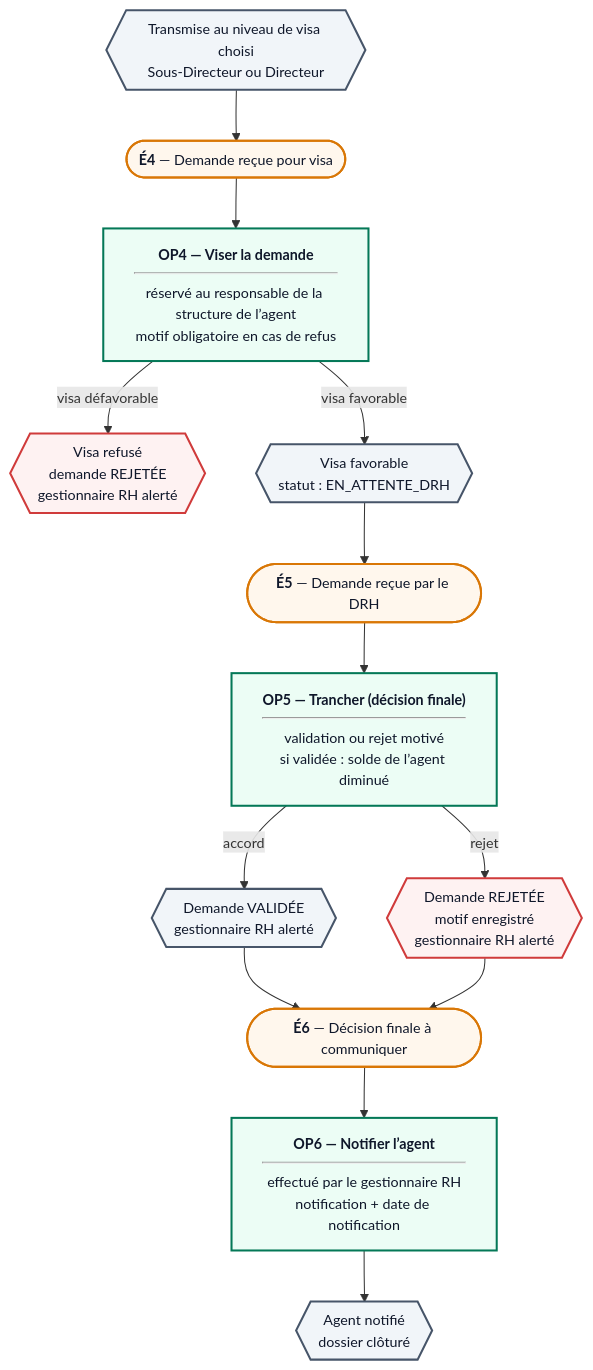
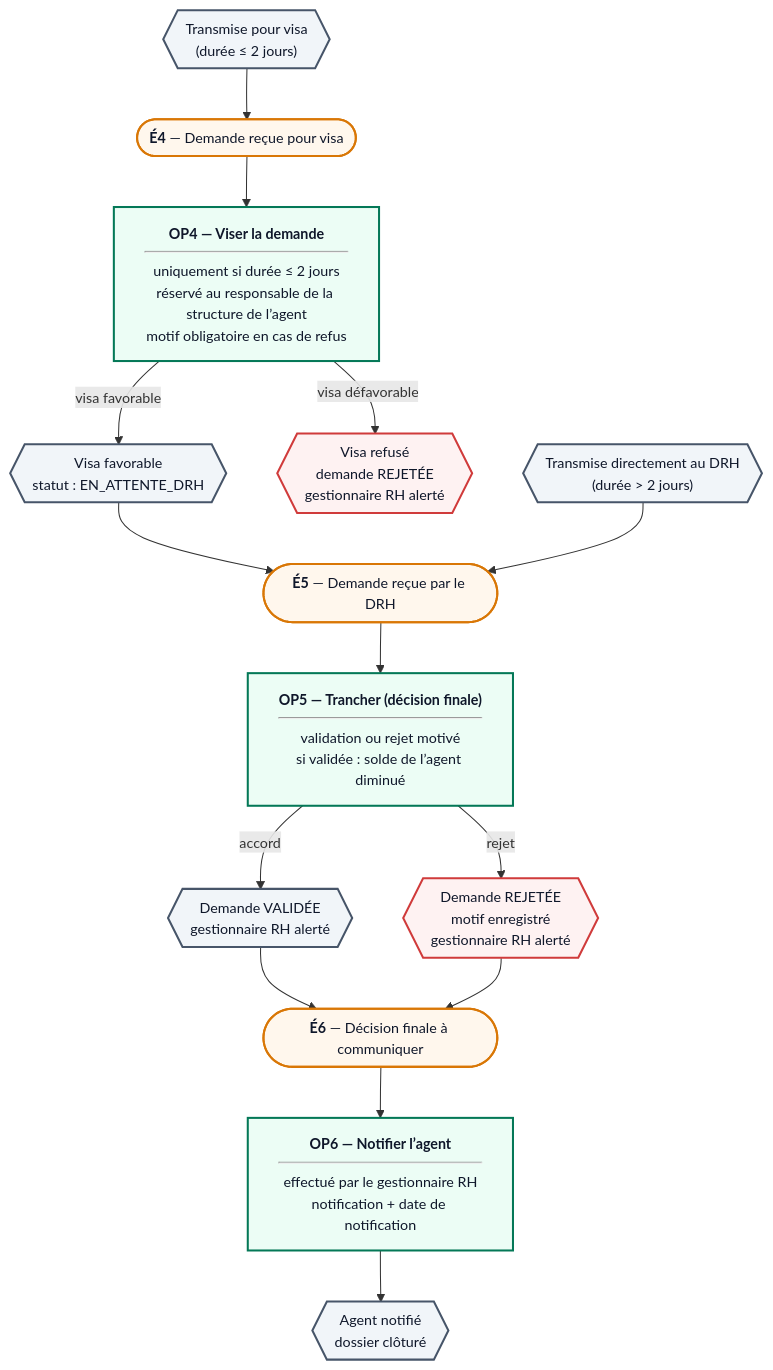
The sixth of 13 diagrams in docs/MERISE.md (MOMOBHY/APPLARAVEL), drawn with Mermaid before and after one commit. The commit also changed other lines of this file and 2 other files, not shown here.

Commit message:
Merise : trois cas (permission fusionnée, déclarations, notes de service)

````diff
--- a/docs/MERISE.md
+++ b/docs/MERISE.md
@@ -244,32 +218,34 @@
 ```mermaid
 %%{init: {'flowchart': {'htmlLabels': true, 'curve': 'basis'}, 'themeVariables': {'fontSize': '14px'}}}%%
 flowchart TB
   classDef ev fill:#fff7ed,stroke:#d97706,stroke-width:2px,color:#0f172a
   classDef op fill:#ecfdf5,stroke:#047857,stroke-width:2px,color:#0f172a
   classDef re fill:#f1f5f9,stroke:#475569,stroke-width:2px,color:#0f172a
   classDef ko fill:#fef2f2,stroke:#d03b3b,stroke-width:2px,color:#0f172a
-  S0{{"Transmise au niveau de visa choisi<br/>Sous-Directeur ou Directeur"}}:::re
+  S1{{"Transmise pour visa<br/>(durée ≤ 2 jours)"}}:::re
+  S2{{"Transmise directement au DRH<br/>(durée &gt; 2 jours)"}}:::re
   E4(["<b>É4</b> — Demande reçue pour visa"]):::ev
-  O4["<b>OP4 — Viser la demande</b><hr/>réservé au responsable de la structure de l’agent<br/>motif obligatoire en cas de refus"]:::op
-  S0 --> E4
+  O4["<b>OP4 — Viser la demande</b><hr/>uniquement si durée ≤ 2 jours<br/>réservé au responsable de la structure de l’agent<br/>motif obligatoire en cas de refus"]:::op
+  S1 --> E4
   E4 --> O4
   R4a{{"Visa refusé<br/>demande REJETÉE<br/>gestionnaire RH alerté"}}:::ko
   R4b{{"Visa favorable<br/>statut : EN_ATTENTE_DRH"}}:::re
   O4 -->|"visa défavorable"| R4a
   O4 -->|"visa favorable"| R4b
   E5(["<b>É5</b> — Demande reçue par le DRH"]):::ev
   O5["<b>OP5 — Trancher (décision finale)</b><hr/>validation ou rejet motivé<br/>si validée : solde de l’agent diminué"]:::op
   R4b --> E5
+  S2 --> E5
   E5 --> O5
   R5a{{"Demande VALIDÉE<br/>gestionnaire RH alerté"}}:::re
   R5b{{"Demande REJETÉE<br/>motif enregistré<br/>gestionnaire RH alerté"}}:::ko
   O5 -->|"accord"| R5a
   O5 -->|"rejet"| R5b
   E6(["<b>É6</b> — Décision finale à communiquer"]):::ev
   O6["<b>OP6 — Notifier l’agent</b><hr/>effectué par le gestionnaire RH<br/>notification + date de notification"]:::op
   R6{{"Agent notifié<br/>dossier clôturé"}}:::re
   R5a --> E6
   R5b --> E6
   E6 --> O6
   O6 --> R6
 ```
````
